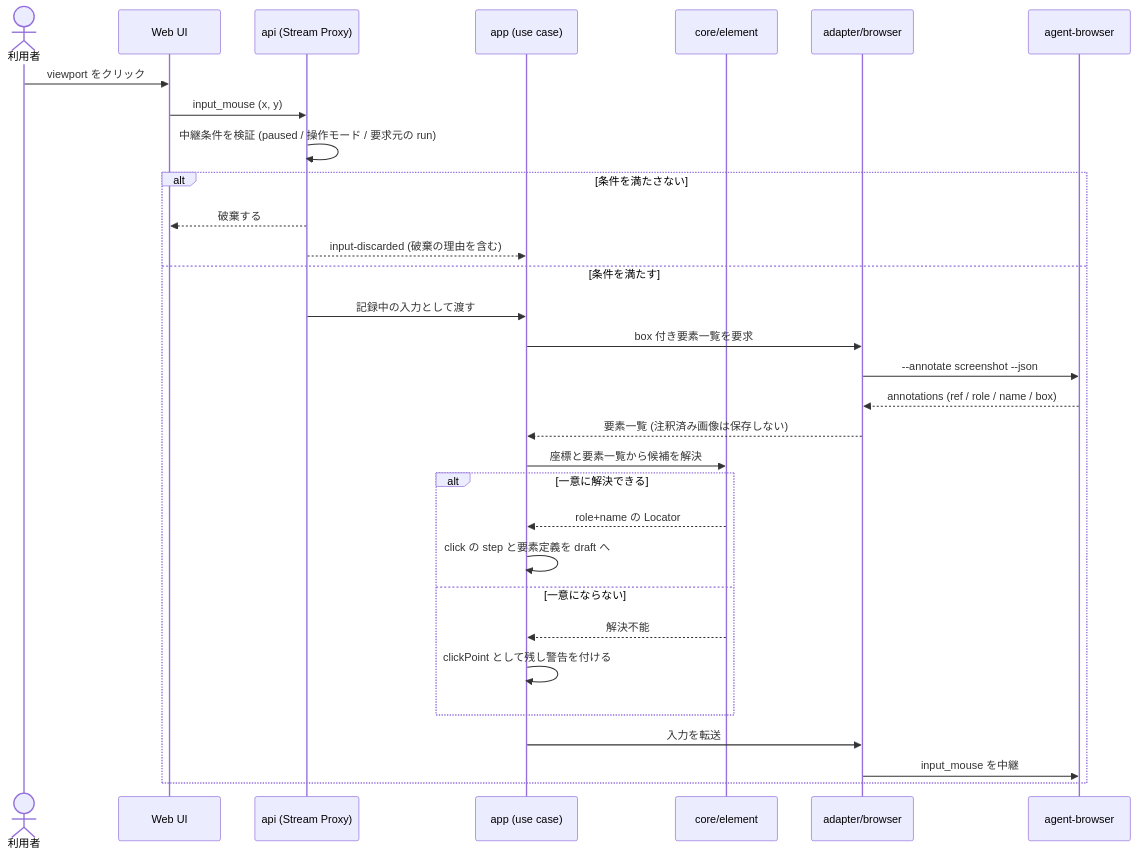
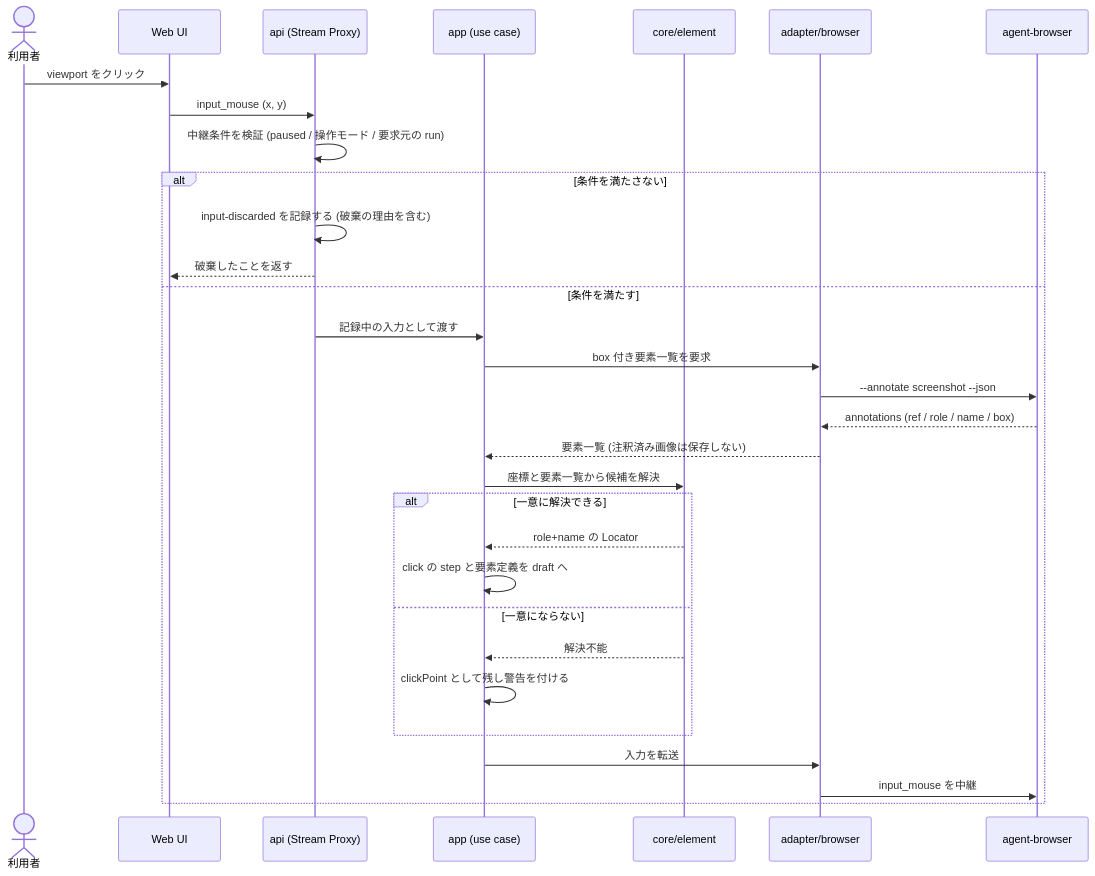
The second of 3 diagrams in specs/4-walking-skeleton/index.md (Fukuemon/screen-contract), drawn with Mermaid before and after one commit. The commit also changed other lines of this file and 1 other file, not shown here.

````diff
--- a/specs/4-walking-skeleton/index.md
+++ b/specs/4-walking-skeleton/index.md
@@ -519,34 +540,34 @@
 ```mermaid
 sequenceDiagram
     actor User as 利用者
     participant Web as Web UI
     participant API as api (Stream Proxy)
     participant App as app (use case)
     participant Elem as core/element
     participant AB as adapter/browser
     participant Browser as agent-browser
 
     User->>Web: viewport をクリック
     Web->>API: input_mouse (x, y)
     API->>API: 中継条件を検証 (paused / 操作モード / 要求元の run)
     alt 条件を満たさない
-        API-->>Web: 破棄する
-        API-->>App: input-discarded (破棄の理由を含む)
+        API->>API: input-discarded を記録する (破棄の理由を含む)
+        API-->>Web: 破棄したことを返す
     else 条件を満たす
         API->>App: 記録中の入力として渡す
         App->>AB: box 付き要素一覧を要求
         AB->>Browser: --annotate screenshot --json
         Browser-->>AB: annotations (ref / role / name / box)
         AB-->>App: 要素一覧 (注釈済み画像は保存しない)
         App->>Elem: 座標と要素一覧から候補を解決
         alt 一意に解決できる
             Elem-->>App: role+name の Locator
             App->>App: click の step と要素定義を draft へ
         else 一意にならない
             Elem-->>App: 解決不能
             App->>App: clickPoint として残し警告を付ける
         end
         App->>AB: 入力を転送
         AB->>Browser: input_mouse を中継
     end
 ```
````
